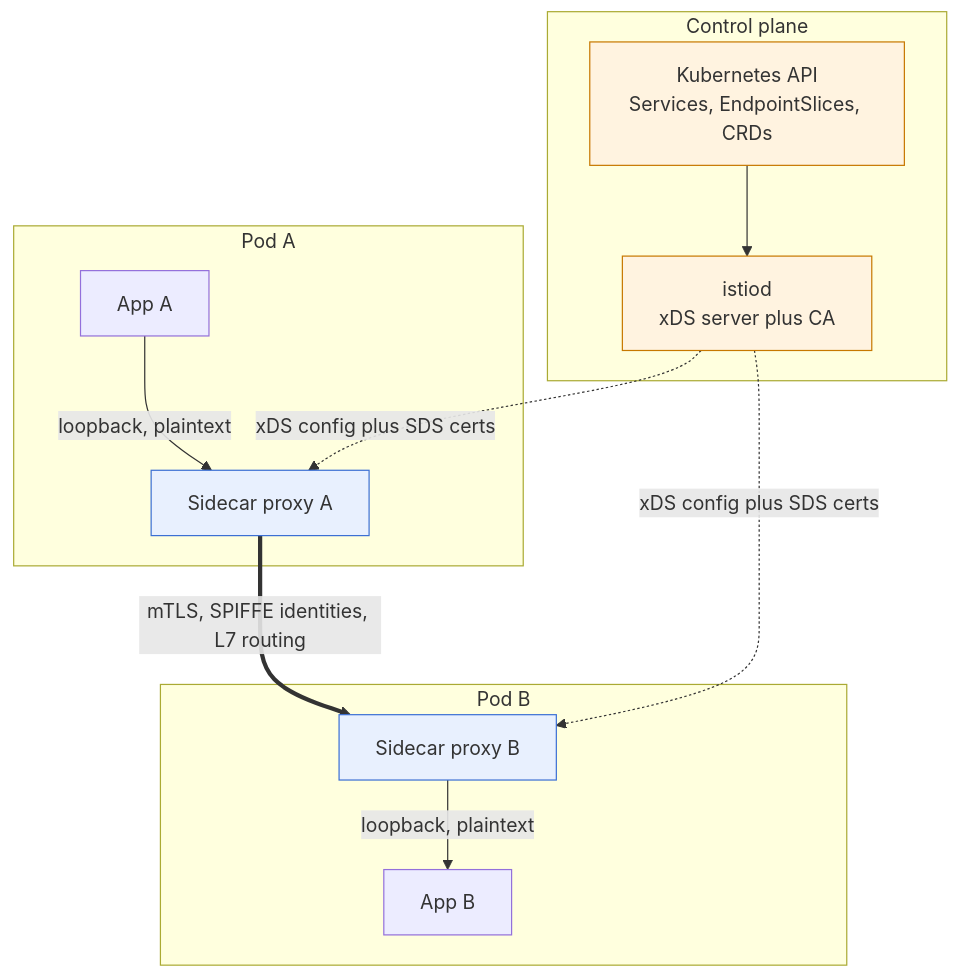
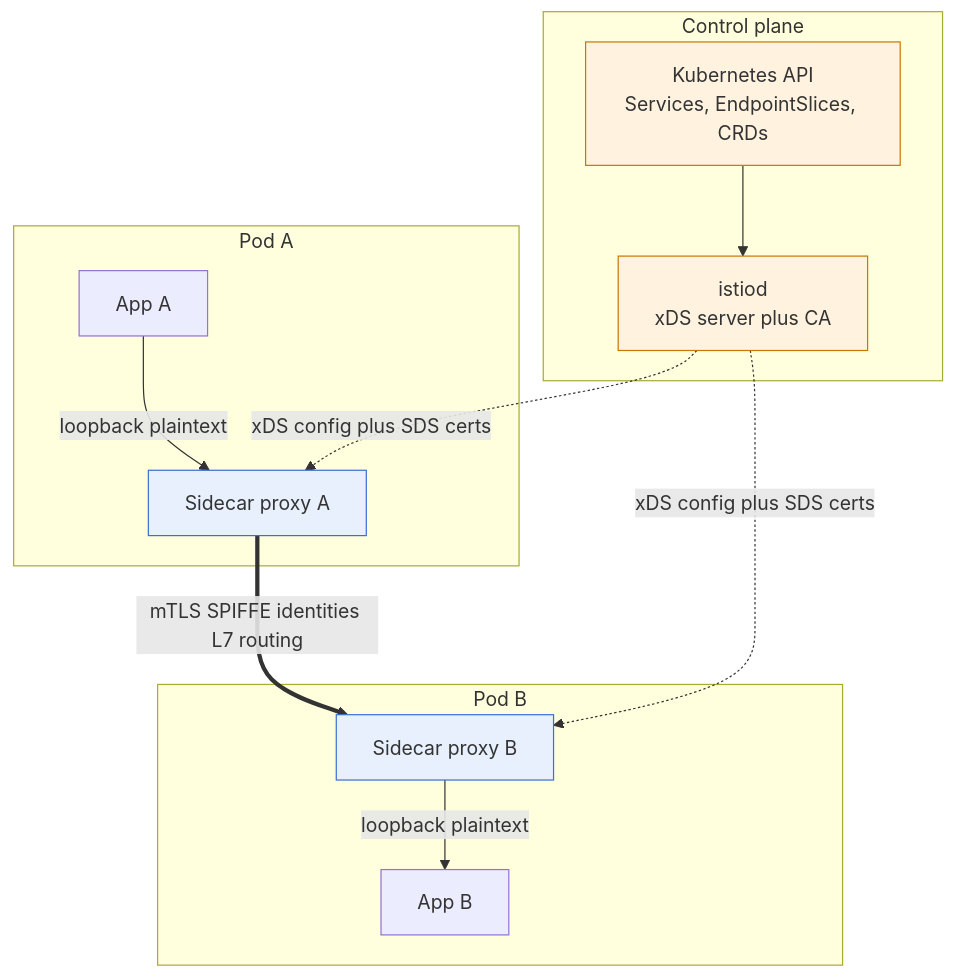
One commit to bumbsclaw/textbooks changed the third of 7 diagrams in vol-03-networking/ch10-proxies-mesh-cdn.md. Above: the diagram before and after it, drawn with Mermaid. The commit also changed other lines of this file and 173 other files, not shown here.

First line of the commit message:
fix(mermaid): close note brackets, semicolons in Notes, stateDiagram br -> dash, edge parens

````diff
--- a/vol-03-networking/ch10-proxies-mesh-cdn.md
+++ b/vol-03-networking/ch10-proxies-mesh-cdn.md
@@ -570,25 +570,25 @@
 ```mermaid
 flowchart TB
     subgraph CP["Control plane"]
         ISTIOD["istiod<br/>xDS server plus CA"]
         K8S["Kubernetes API<br/>Services, EndpointSlices, CRDs"]
         K8S --> ISTIOD
     end
     subgraph PodA["Pod A"]
         APPA["App A"]
         SCA["Sidecar proxy A"]
-        APPA -->|"loopback, plaintext"| SCA
+        APPA -->|"loopback plaintext"| SCA
     end
     subgraph PodB["Pod B"]
         SCB["Sidecar proxy B"]
         APPB["App B"]
-        SCB -->|"loopback, plaintext"| APPB
+        SCB -->|"loopback plaintext"| APPB
     end
     ISTIOD -.->|"xDS config plus SDS certs"| SCA
     ISTIOD -.->|"xDS config plus SDS certs"| SCB
-    SCA ==>|"mTLS, SPIFFE identities, L7 routing"| SCB
+    SCA ==>|"mTLS SPIFFE identities L7 routing"| SCB
     classDef cp fill:#fff3e0,stroke:#c77800
     classDef dp fill:#e8f0fe,stroke:#3b6fd4
     class ISTIOD,K8S cp
     class SCA,SCB dp
 ```
````
